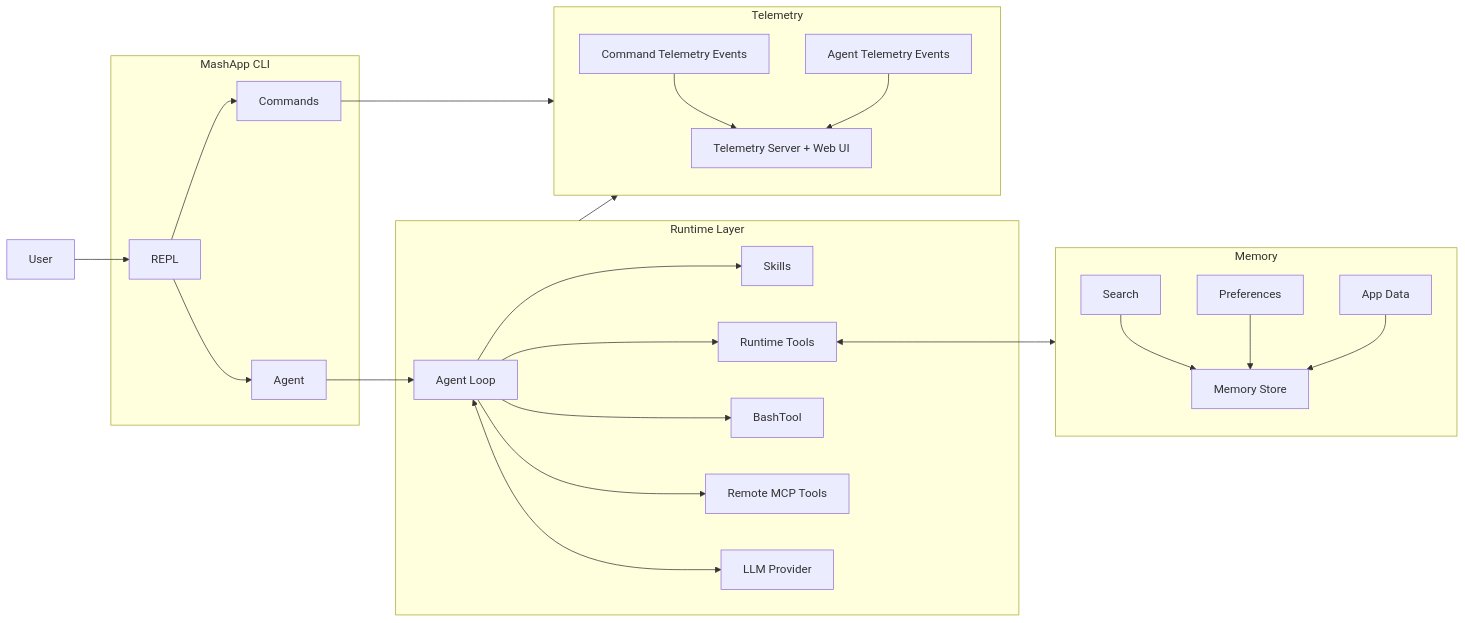
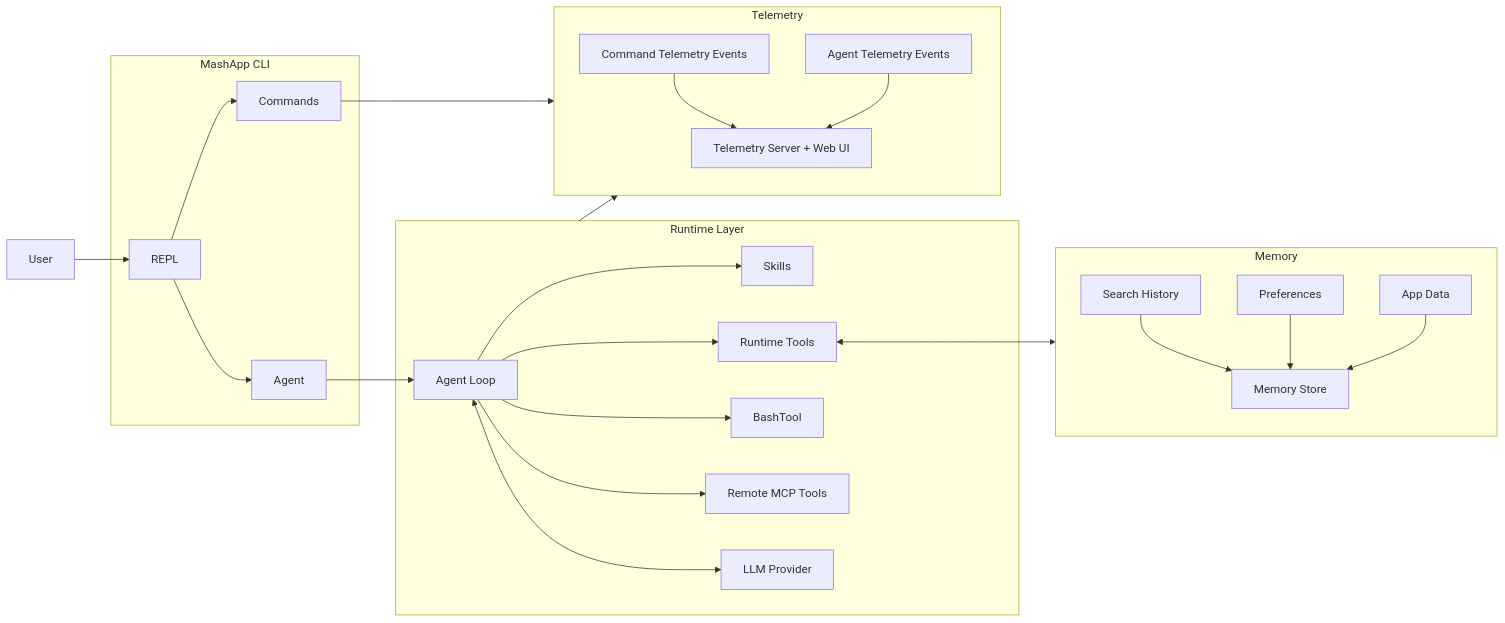
One commit to imsid/mashpy changed the diagram in README.md. Above: the diagram before and after it, drawn with Mermaid. The commit also changed 6 other files, not shown here.

````diff
--- a/README.md
+++ b/README.md
@@ -18,53 +18,53 @@
 ```mermaid
 flowchart LR
     U[User]
 
     subgraph MashApp[MashApp CLI]
         REPL[REPL]
         CMD[Commands]
         AGENT[Agent]
     end
 
     subgraph RUNTIME[Runtime Layer]
         LOOP[Agent Loop]
         SKILLS[Skills]
         RT[Runtime Tools]
         BASH[BashTool]
         MCP[Remote MCP Tools]
         LLM[LLM Provider]
     end
 
     subgraph TELEMETRY[Telemetry]
         LOG[Command Telemetry Events]
         TEL[Telemetry Server + Web UI]
         AGENT_LOG[Agent Telemetry Events]
     end
 
     subgraph MEMORY[Memory]
         MEM[Memory Store]
-        SEARCH[Search]
+        SEARCH[Search History]
         PREFS[Preferences]
         APPD[App Data]
     end
     
     U --> REPL
     REPL --> CMD
     REPL --> AGENT
 
     AGENT --> LOOP
     LOOP <--> LLM
     LOOP --> SKILLS
     LOOP --> RT
     LOOP --> BASH
     LOOP --> MCP
 
     RT <--> MEMORY
     SEARCH --> MEM
     PREFS --> MEM
     APPD --> MEM
 
     RUNTIME --> TELEMETRY
     CMD --> TELEMETRY
     LOG --> TEL
     AGENT_LOG --> TEL
 ```
````
